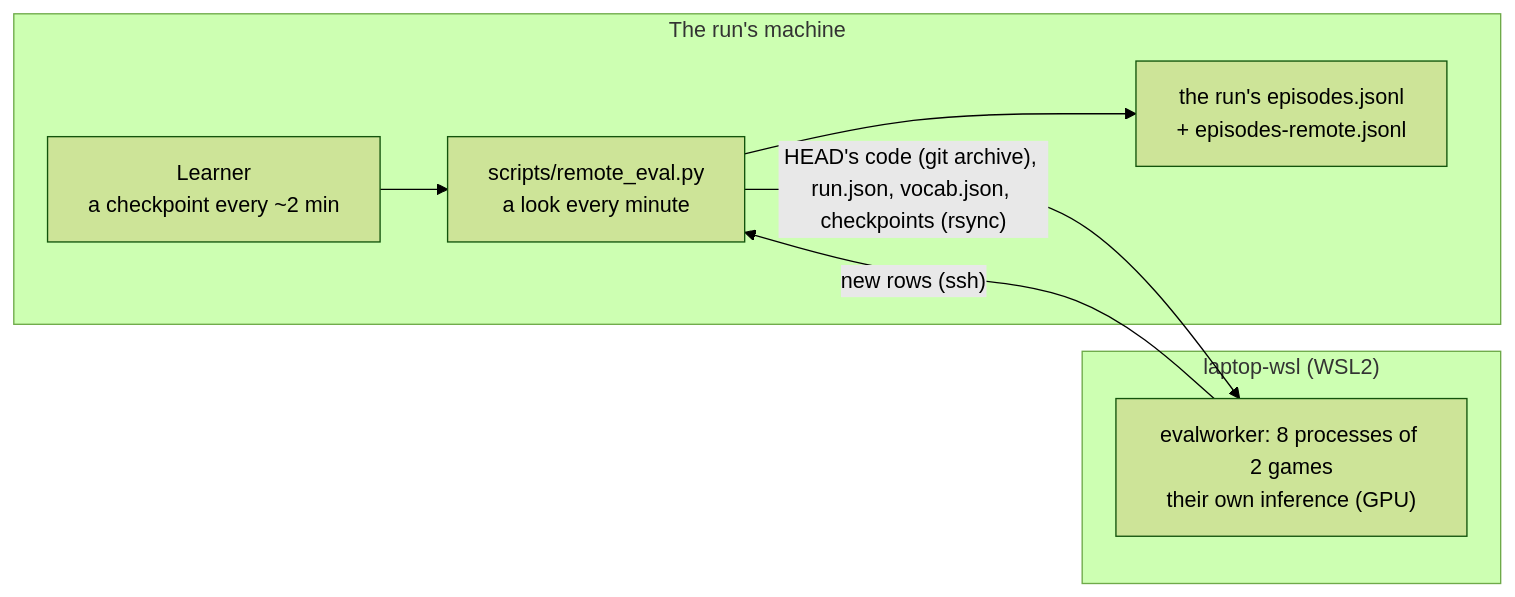
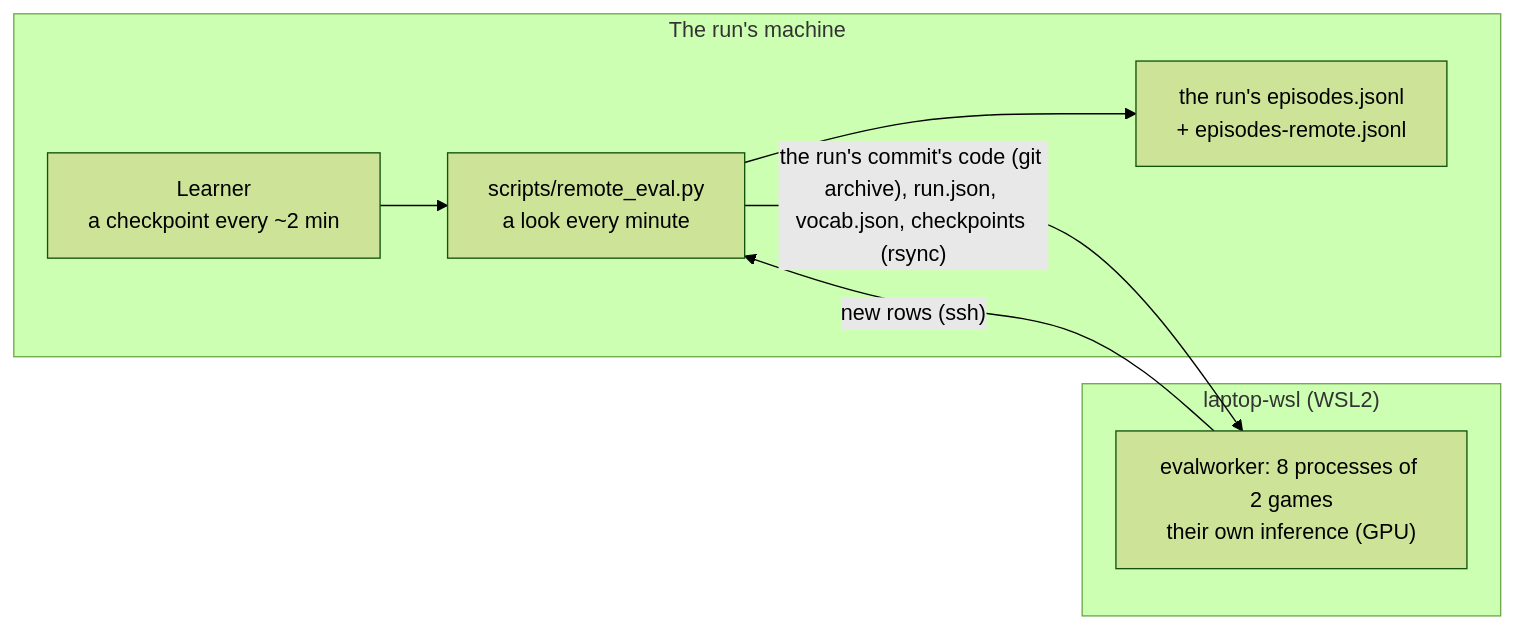
The third of 5 diagrams in docs/architecture.md (RobinKa/warcraftsim), drawn with Mermaid (forest theme) before and after one commit. The commit also changed other lines of this file and 6 other files, not shown here.

First line of the commit message:
A cancelled frame leaves the unit table (audit 9: ghosts drew ~900 refused repairs a human game and blocked altars); the laptop's worker plays the run's own commit, not HEAD; experiment log: fgself-144 level, audit 9

````diff
--- a/docs/architecture.md
+++ b/docs/architecture.md
@@ -48,15 +48,15 @@
 ```mermaid
 flowchart LR
   subgraph MAIN["The run's machine"]
     L["Learner<br/>a checkpoint every ~2 min"]
     M["scripts/remote_eval.py<br/>a look every minute"]
     E["the run's episodes.jsonl<br/>+ episodes-remote.jsonl"]
   end
   subgraph LAP["laptop-wsl (WSL2)"]
     W["evalworker: 8 processes of 2 games<br/>their own inference (GPU)"]
   end
   L --> M
-  M -- "HEAD's code (git archive), run.json, vocab.json, checkpoints (rsync)" --> W
+  M -- "the run's commit's code (git archive), run.json, vocab.json, checkpoints (rsync)" --> W
   W -- "new rows (ssh)" --> M
   M --> E
 ```
````
